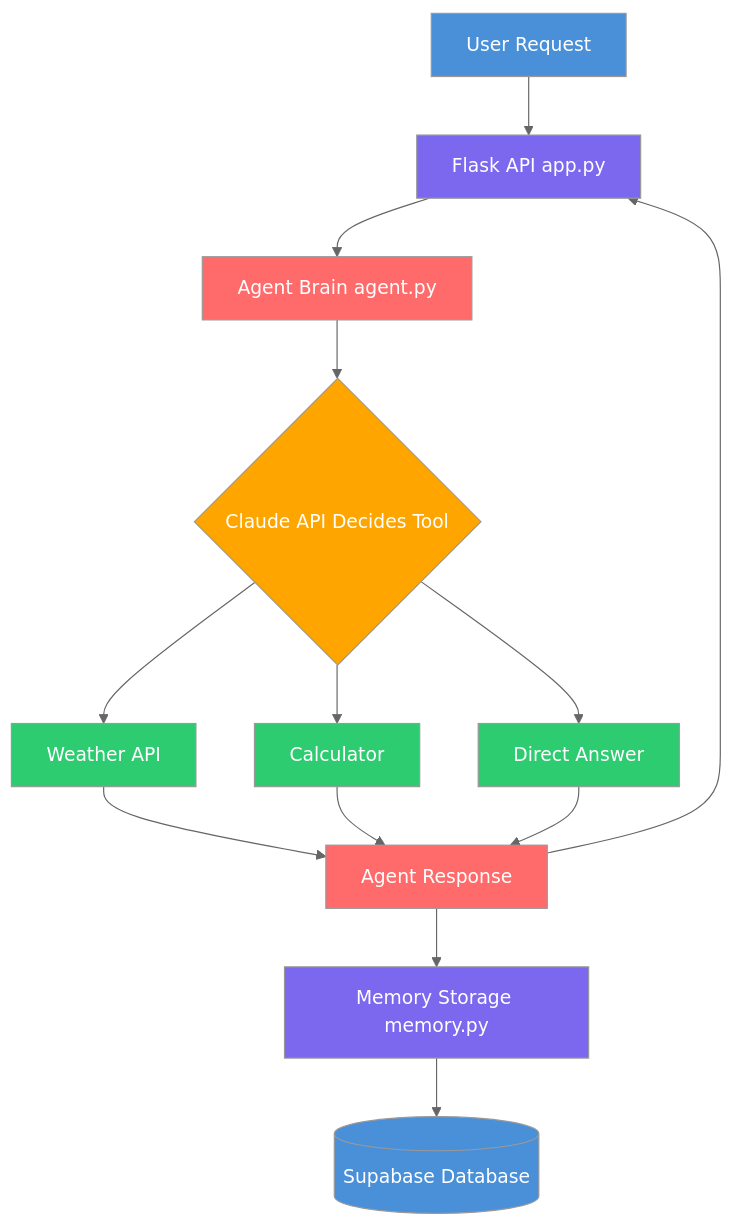
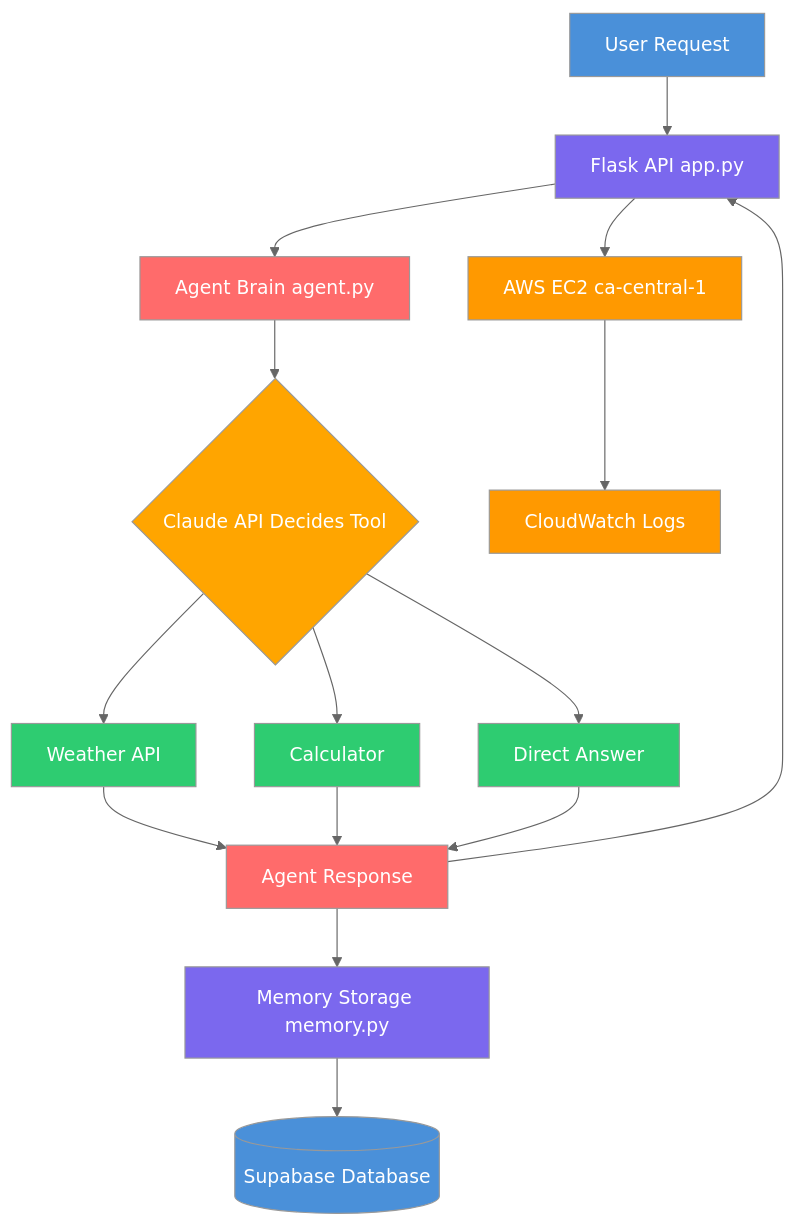
The diagram in README.md (sadvi11/smart-ai-agent), drawn with Mermaid (neutral theme) before and after one commit.

Commit message:
Update architecture diagram with EC2 and CloudWatch

````diff
--- a/README.md
+++ b/README.md
@@ -21,26 +21,30 @@
 ```mermaid
 flowchart TD
     A[User Request] --> B[Flask API app.py]
     B --> C[Agent Brain agent.py]
     C --> D{Claude API Decides Tool}
     D --> E[Weather API]
     D --> F[Calculator]
     D --> G[Direct Answer]
     E --> H[Agent Response]
     F --> H
     G --> H
     H --> I[Memory Storage memory.py]
     I --> J[(Supabase Database)]
     H --> B
+    B --> K[AWS EC2 ca-central-1]
+    K --> L[CloudWatch Logs]
 
     style A fill:#4A90D9,color:#fff
     style B fill:#7B68EE,color:#fff
     style C fill:#FF6B6B,color:#fff
     style D fill:#FFA500,color:#fff
     style E fill:#2ECC71,color:#fff
     style F fill:#2ECC71,color:#fff
     style G fill:#2ECC71,color:#fff
     style H fill:#FF6B6B,color:#fff
     style I fill:#7B68EE,color:#fff
     style J fill:#4A90D9,color:#fff
+    style K fill:#FF9900,color:#fff
+    style L fill:#FF9900,color:#fff
 ```
````
